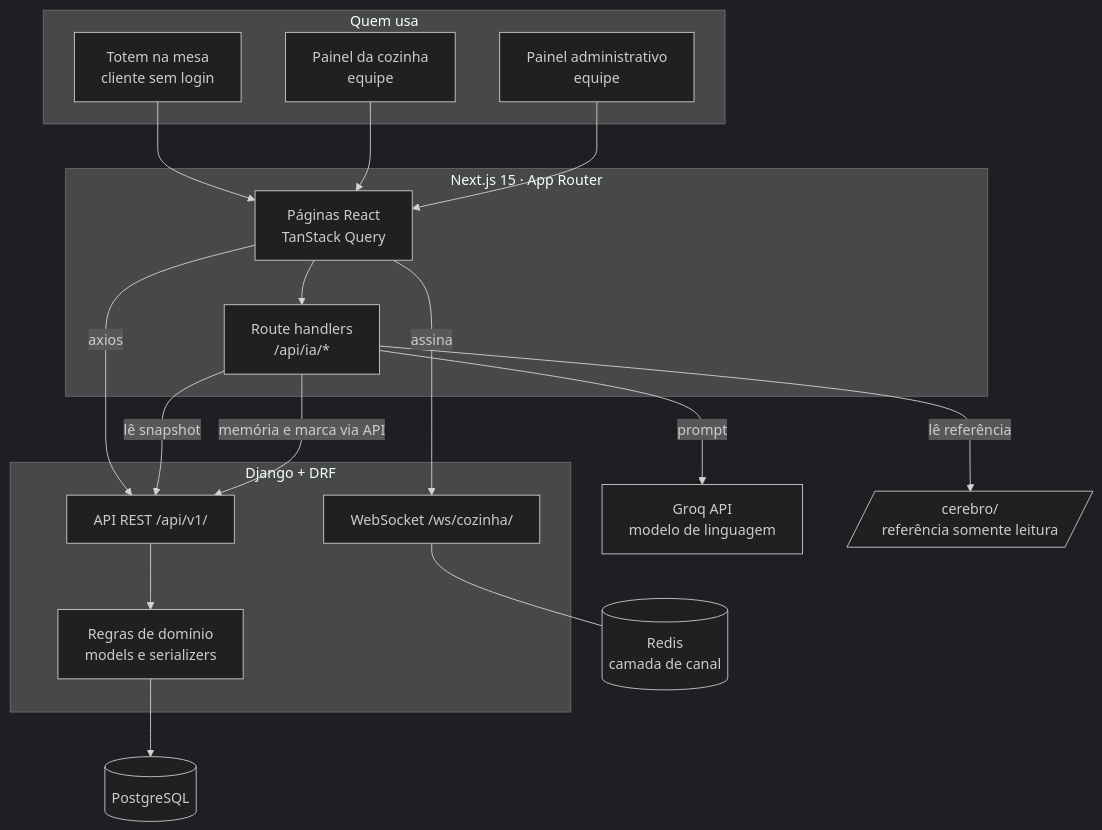
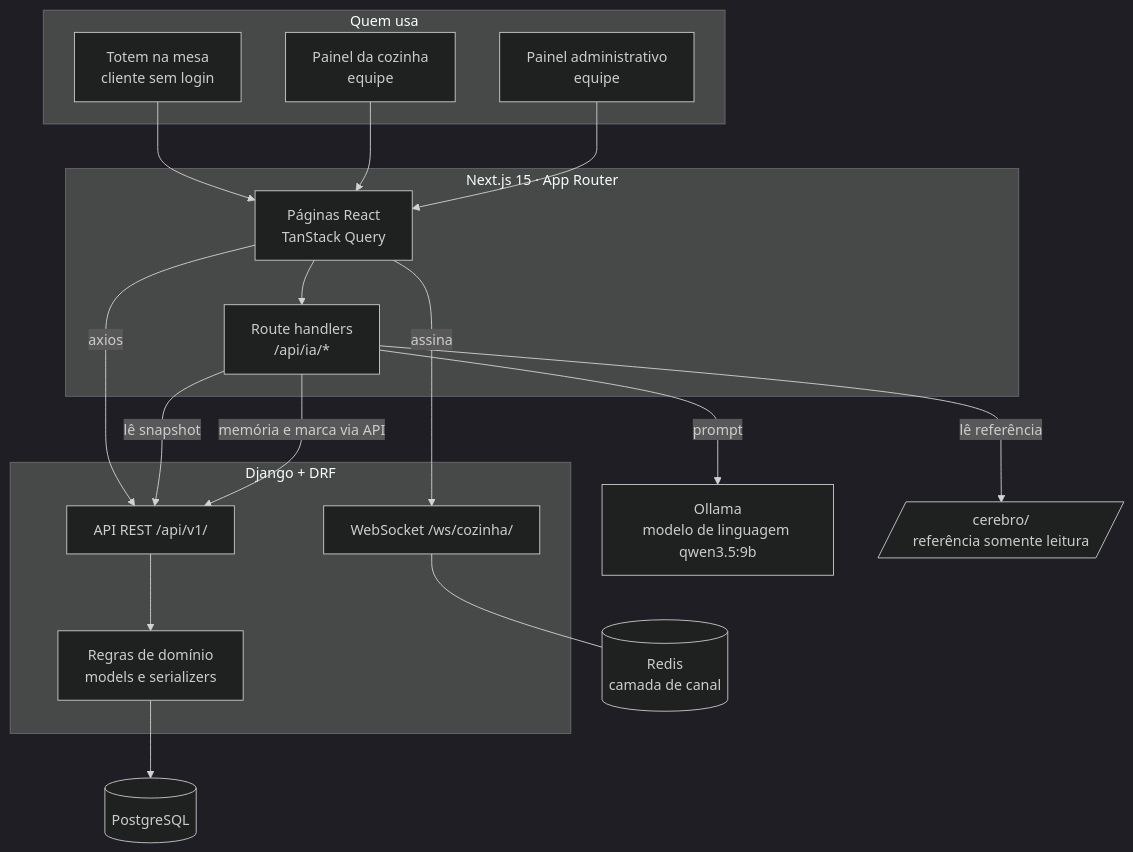
Before and after one commit to SynkPedrin/SmartFood-TCC: the first of 2 diagrams in docs/02-arquitetura.md, drawn with Mermaid (dark theme). The commit also changed other lines of this file and 37 other files, not shown here.

````diff
--- a/docs/02-arquitetura.md
+++ b/docs/02-arquitetura.md
@@ -5,37 +5,37 @@
 ```mermaid
 flowchart TB
     subgraph clientes[Quem usa]
         totem[Totem na mesa<br/>cliente sem login]
         cozinha[Painel da cozinha<br/>equipe]
         admin[Painel administrativo<br/>equipe]
     end
 
     subgraph front[Next.js 15 · App Router]
         paginas[Páginas React<br/>TanStack Query]
         rotas[Route handlers<br/>/api/ia/*]
     end
 
     subgraph back[Django + DRF]
         api[API REST /api/v1/]
         ws[WebSocket /ws/cozinha/]
         regras[Regras de domínio<br/>models e serializers]
     end
 
     banco[(PostgreSQL)]
     redis[(Redis<br/>camada de canal)]
-    groq[Groq API<br/>modelo de linguagem]
+    ollama[Ollama<br/>modelo de linguagem qwen3.5:9b]
     vault[/cerebro/<br/>referência somente leitura/]
 
     totem --> paginas
     cozinha --> paginas
     admin --> paginas
     paginas -->|axios| api
     paginas -->|assina| ws
     paginas --> rotas
     rotas -->|lê snapshot| api
     rotas -->|lê referência| vault
     rotas -->|memória e marca via API| api
-    rotas -->|prompt| groq
+    rotas -->|prompt| ollama
     api --> regras --> banco
     ws --- redis
 ```
````
